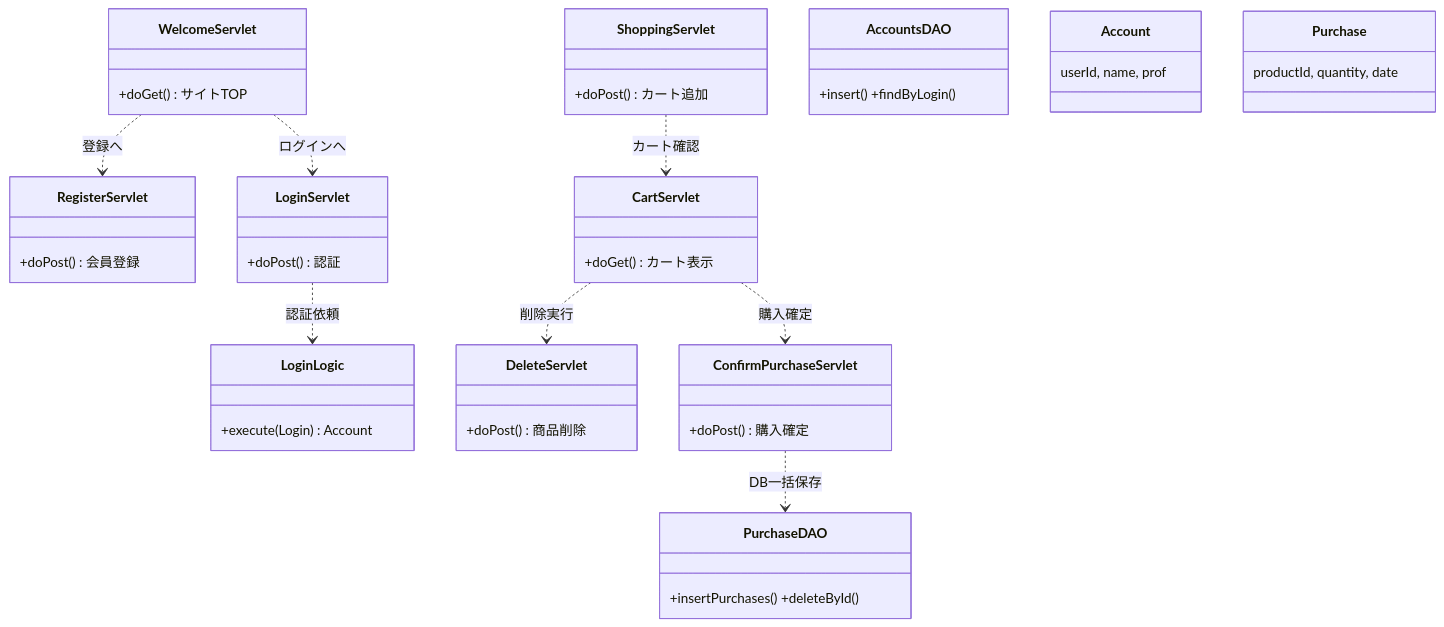
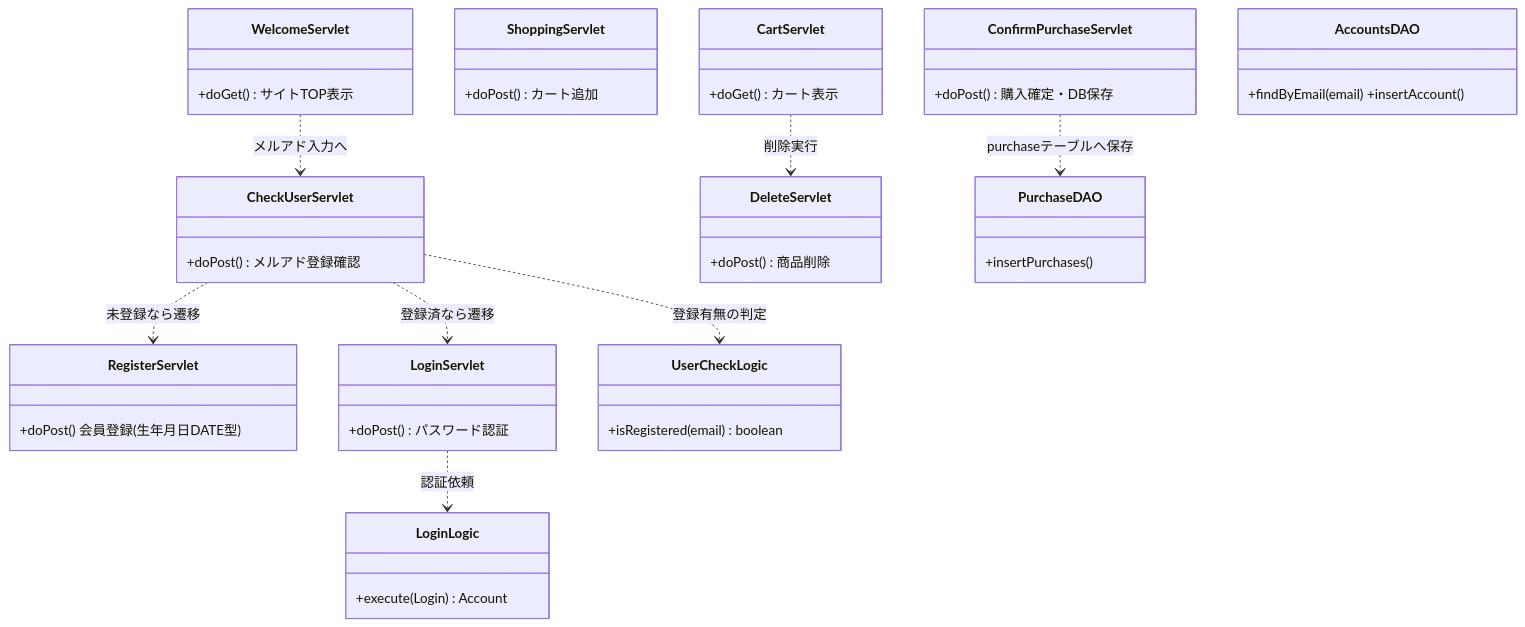
The first of 2 diagrams in README.md (marimukai-303/data), drawn with Mermaid before and after one commit. The commit also changed other lines of this file, not shown here.

````diff
--- a/README.md
+++ b/README.md
@@ -2,31 +2,29 @@
 ```mermaid
 classDiagram
-    %% Controller (Servlet) - ユーザーの入り口
-    class WelcomeServlet { +doGet() サイトTOP }
-    class RegisterServlet { +doPost() 会員登録 }
-    class LoginServlet { +doPost() 認証 }
+    %% Controller (Servlet)
+    class WelcomeServlet { +doGet() サイトTOP表示 }
+    class CheckUserServlet { +doPost() メルアド登録確認 }
+    class RegisterServlet { +doPost() 会員登録(生年月日DATE型) }
+    class LoginServlet { +doPost() パスワード認証 }
     class ShoppingServlet { +doPost() カート追加 }
     class CartServlet { +doGet() カート表示 }
     class DeleteServlet { +doPost() 商品削除 }
-    class ConfirmPurchaseServlet { +doPost() 購入確定 }
+    class ConfirmPurchaseServlet { +doPost() 購入確定・DB保存 }
 
-    %% Service (Logic) - 判定・処理
+    %% Service (Logic)
+    class UserCheckLogic { +isRegistered(email) boolean }
     class LoginLogic { +execute(Login) Account }
 
-    %% Repository (DAO) - DB操作
-    class AccountsDAO { +insert() +findByLogin() }
-    class PurchaseDAO { +insertPurchases() +deleteById() }
+    %% Repository (DAO)
+    class AccountsDAO { +findByEmail(email) +insertAccount() }
+    class PurchaseDAO { +insertPurchases() }
 
-    %% Entity (Model) - データの持ち運び
-    class Account { userId, name, prof }
-    class Purchase { productId, quantity, date }
-
-    %% 遷移と依存の関係
-    WelcomeServlet ..> RegisterServlet : 登録へ
-    WelcomeServlet ..> LoginServlet : ログインへ
+    %% 依存関係
+    WelcomeServlet ..> CheckUserServlet : メルアド入力へ
+    CheckUserServlet ..> UserCheckLogic : 登録有無の判定
+    CheckUserServlet ..> RegisterServlet : 未登録なら遷移
+    CheckUserServlet ..> LoginServlet : 登録済なら遷移
     LoginServlet ..> LoginLogic : 認証依頼
-    ShoppingServlet ..> CartServlet : カート確認
     CartServlet ..> DeleteServlet : 削除実行
-    CartServlet ..> ConfirmPurchaseServlet : 購入確定
-    ConfirmPurchaseServlet ..> PurchaseDAO : DB一括保存
+    ConfirmPurchaseServlet ..> PurchaseDAO : purchaseテーブルへ保存
 ```
````
